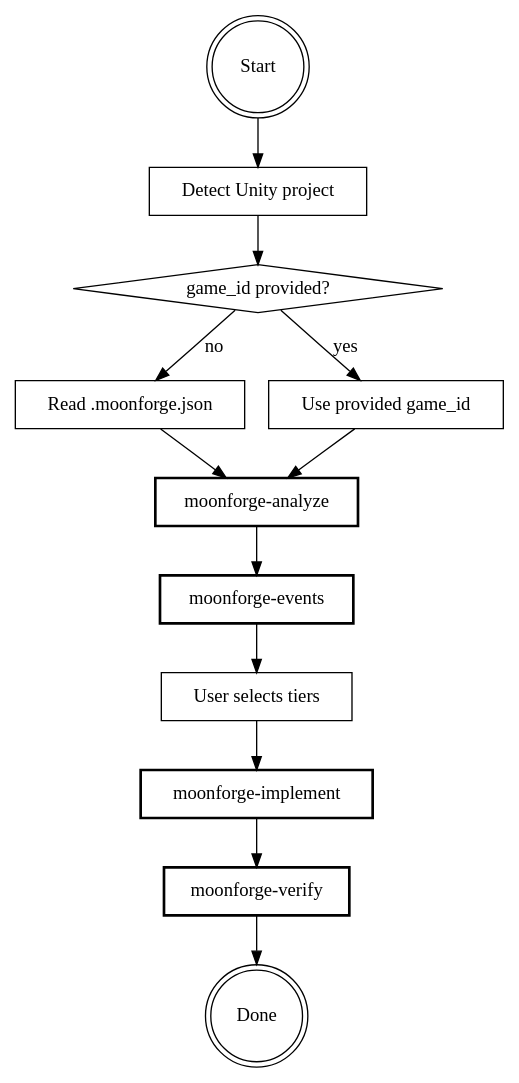
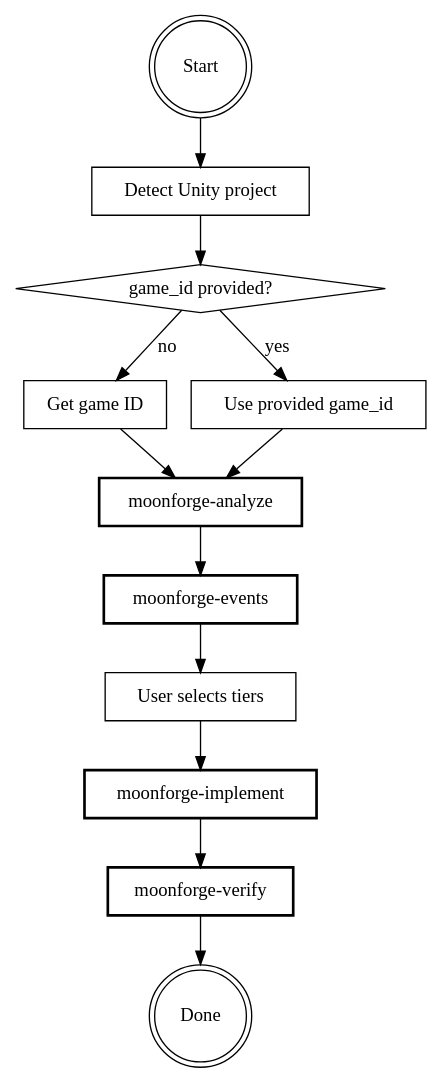
Before and after one commit to MoonForgeAI/moonforge-skill: the diagram in skills/SKILL.md, drawn with Graphviz. The commit also changed other lines of this file and 1 other file, not shown here.

````diff
--- a/skills/SKILL.md
+++ b/skills/SKILL.md
@@ -32,27 +24,27 @@
 ```dot
 digraph moonforge {
     "Start" [shape=doublecircle];
     "Detect Unity project" [shape=box];
-    "Read .moonforge.json" [shape=box];
+    "Get game ID" [shape=box];
     "game_id provided?" [shape=diamond];
     "Use provided game_id" [shape=box];
     "moonforge-analyze" [shape=box, style=bold];
     "moonforge-events" [shape=box, style=bold];
     "User selects tiers" [shape=box];
     "moonforge-implement" [shape=box, style=bold];
     "moonforge-verify" [shape=box, style=bold];
     "Done" [shape=doublecircle];
 
     "Start" -> "Detect Unity project";
     "Detect Unity project" -> "game_id provided?";
     "game_id provided?" -> "Use provided game_id" [label="yes"];
-    "game_id provided?" -> "Read .moonforge.json" [label="no"];
+    "game_id provided?" -> "Get game ID" [label="no"];
     "Use provided game_id" -> "moonforge-analyze";
-    "Read .moonforge.json" -> "moonforge-analyze";
+    "Get game ID" -> "moonforge-analyze";
     "moonforge-analyze" -> "moonforge-events";
     "moonforge-events" -> "User selects tiers";
     "User selects tiers" -> "moonforge-implement";
     "moonforge-implement" -> "moonforge-verify";
     "moonforge-verify" -> "Done";
 }
 ```
````
